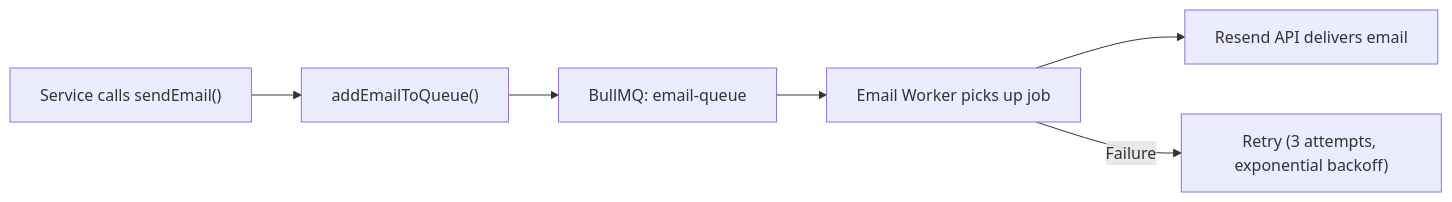
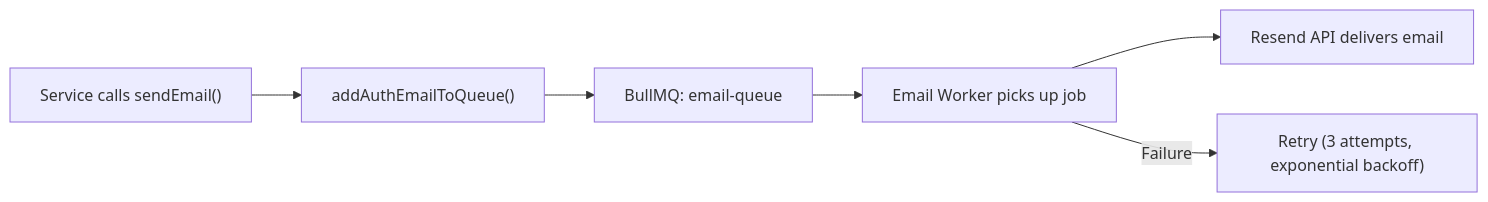
One commit to Adityakbr01/SHERYASSETS changed the ninth of 9 diagrams in apps/server/docs/architecture_and_flow.md. Above: the diagram before and after it, drawn with Mermaid. The commit also changed 19 other files, not shown here.

````diff
--- a/apps/server/docs/architecture_and_flow.md
+++ b/apps/server/docs/architecture_and_flow.md
@@ -478,8 +478,8 @@
 ```mermaid
 flowchart LR
-    A["Service calls sendEmail()"] --> B["addEmailToQueue()"]
+    A["Service calls sendEmail()"] --> B["addAuthEmailToQueue()"]
     B --> C["BullMQ: email-queue"]
     C --> D["Email Worker picks up job"]
     D --> E["Resend API delivers email"]
     D -- Failure --> F["Retry (3 attempts, exponential backoff)"]
 ```
````
